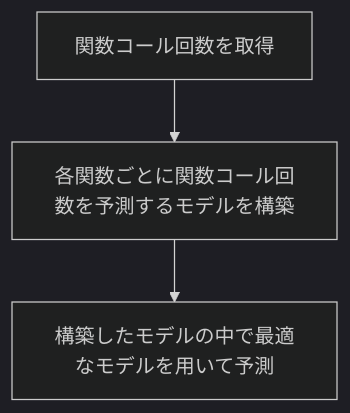
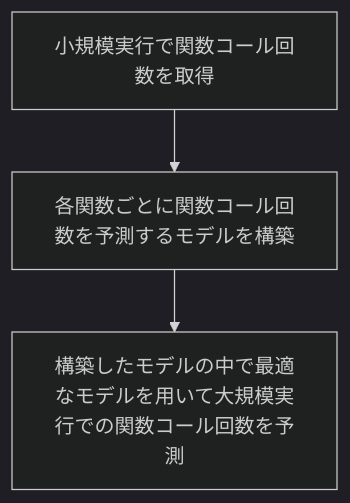
Before and after one commit to arima0714/Lab00: the first of 2 diagrams in README.md, drawn with Mermaid (dark theme).

Commit message:
提案手法のフロー図において小規模と大規模の所在を明記

````diff
--- a/README.md
+++ b/README.md
@@ -29,9 +29,9 @@
 ```mermaid
 flowchart TD
-step1[関数コール回数を取得]
+step1[小規模実行で関数コール回数を取得]
 step2[各関数ごとに関数コール回数を予測するモデルを構築]
-step3[構築したモデルの中で最適なモデルを用いて予測]
+step3[構築したモデルの中で最適なモデルを用いて大規模実行での関数コール回数を予測]
 
 step1 --> step2
 step2 --> step3
 ```
````
